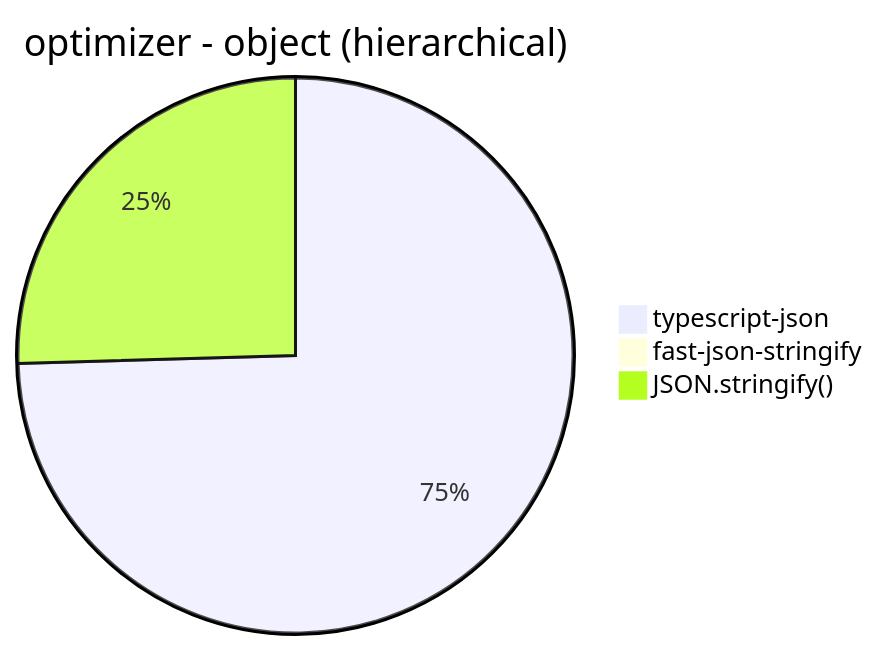
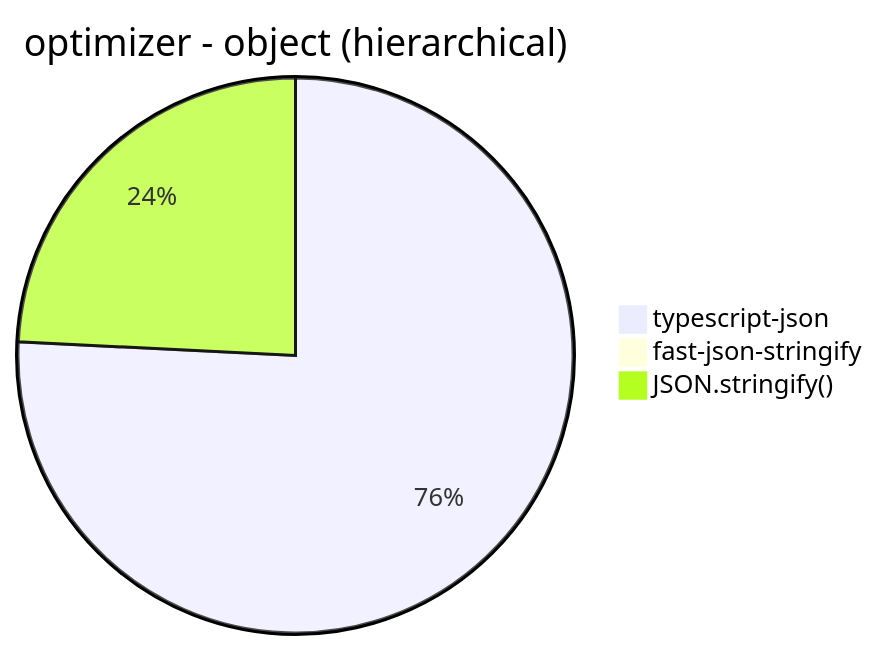
Before and after one commit to samchon/typia: diagram 16 of 30 in benchmark/results/AMD Ryzen 7 5800H with Radeon Graphics         .md, drawn with Mermaid. The commit also changed other lines of this file, not shown here.

````diff
--- a/benchmark/results/AMD Ryzen 7 5800H with Radeon Graphics         .md
+++ b/benchmark/results/AMD Ryzen 7 5800H with Radeon Graphics         .md
@@ -165,6 +165,6 @@
 ```mermaid
 pie title optimizer - object (hierarchical)
-  "typescript-json": 4266.233766233767
-  "fast-json-stringify": 1.0789426362165078
-  "JSON.stringify()": 1457.4007899191272
+  "typescript-json": 4542.84649776453
+  "fast-json-stringify": 1.0958904109589043
+  "JSON.stringify()": 1451.6433698526635
 ```
````
